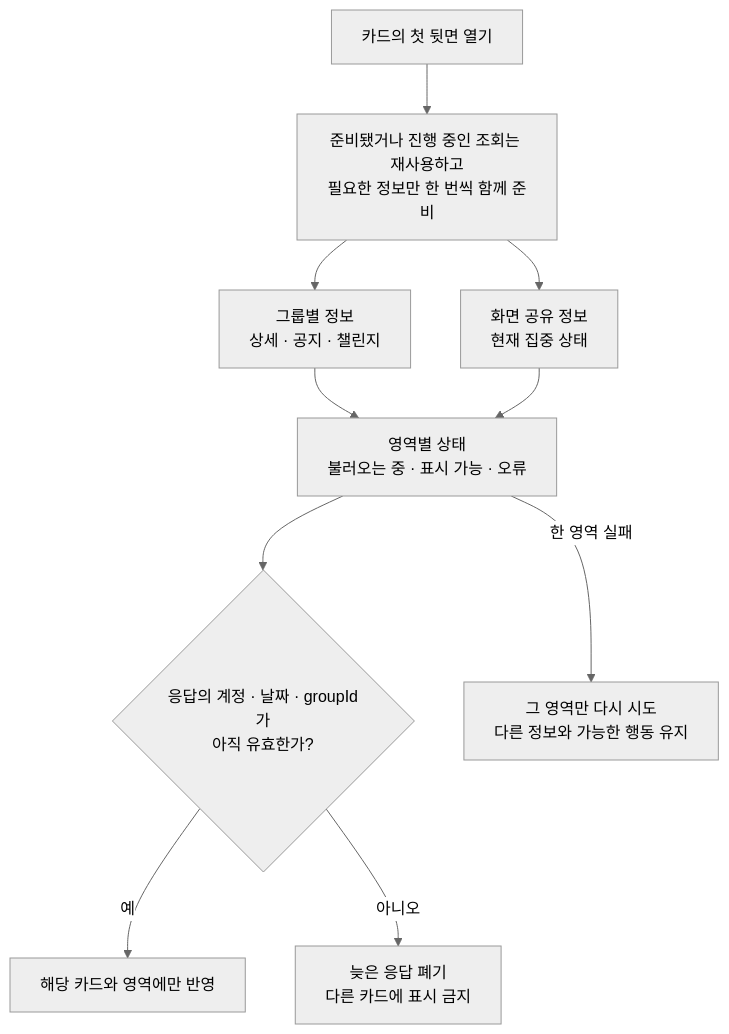
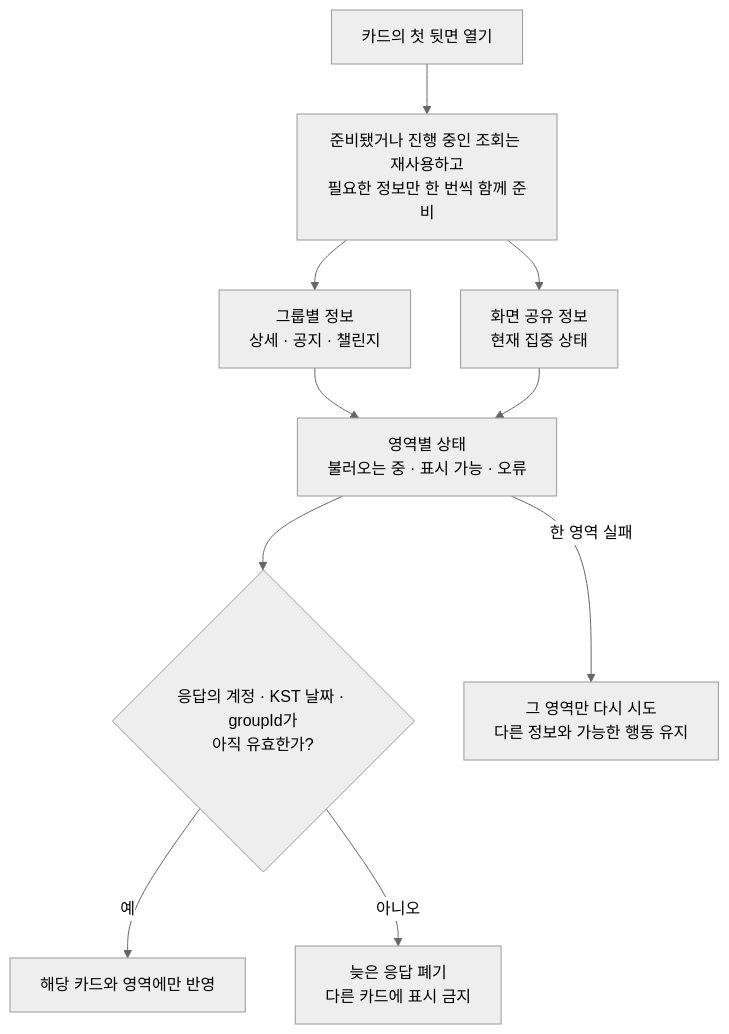
One commit to OneOrThree/phone changed the fourth of 8 diagrams in docs/prd/group/features/02-my-groups/low-level-design.md. Above: the diagram before and after it, drawn with Mermaid (neutral theme). The commit also changed other lines of this file and 12 other files, not shown here.

````diff
--- a/docs/prd/group/features/02-my-groups/low-level-design.md
+++ b/docs/prd/group/features/02-my-groups/low-level-design.md
@@ -119,14 +119,14 @@
 ```mermaid
 flowchart TB
     Open["카드의 첫 뒷면 열기"] --> Parallel["준비됐거나 진행 중인 조회는 재사용하고<br/>필요한 정보만 한 번씩 함께 준비"]
     Parallel --> Group["그룹별 정보<br/>상세 · 공지 · 챌린지"]
     Parallel --> Focus["화면 공유 정보<br/>현재 집중 상태"]
 
     Group --> State["영역별 상태<br/>불러오는 중 · 표시 가능 · 오류"]
     Focus --> State
-    State --> Valid{"응답의 계정 · 날짜 · groupId가<br/>아직 유효한가?"}
+    State --> Valid{"응답의 계정 · KST 날짜 · groupId가<br/>아직 유효한가?"}
     Valid -->|예| Correct["해당 카드와 영역에만 반영"]
     Valid -->|아니오| Discard["늦은 응답 폐기<br/>다른 카드에 표시 금지"]
 
     State -->|한 영역 실패| Partial["그 영역만 다시 시도<br/>다른 정보와 가능한 행동 유지"]
 ```
````
